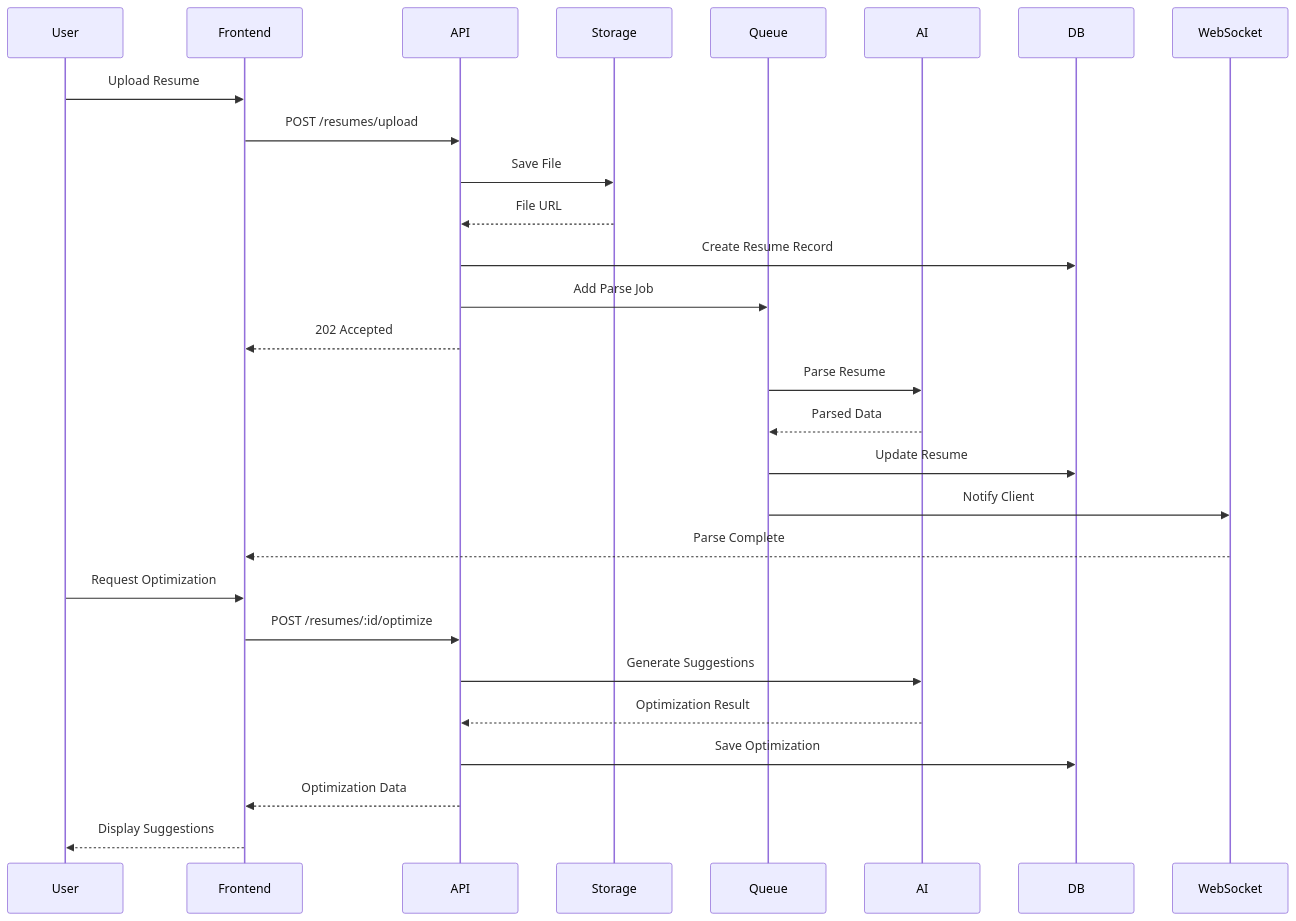
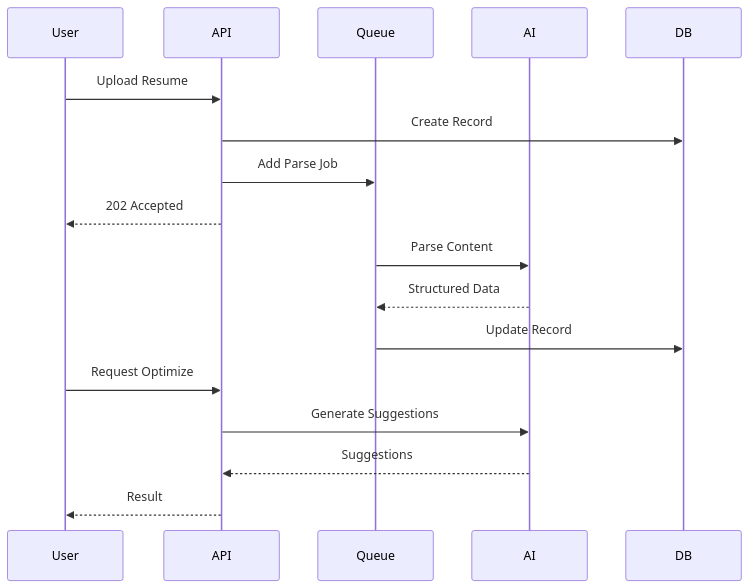
Before and after one commit to xuanyiying/IntervAI: the fourth of 6 diagrams in docs/architecture/system-architecture.md, drawn with Mermaid. The commit also changed other lines of this file and 5 other files, not shown here.

First line of the commit message:
docs: update documentation structure and system architecture

````diff
--- a/docs/architecture/system-architecture.md
+++ b/docs/architecture/system-architecture.md
@@ -250,33 +85,22 @@
 ```mermaid
 sequenceDiagram
     participant User
-    participant Frontend
     participant API
-    participant Storage
     participant Queue
     participant AI
     participant DB
-    participant WebSocket
 
-    User->>Frontend: Upload Resume
-    Frontend->>API: POST /resumes/upload
-    API->>Storage: Save File
-    Storage-->>API: File URL
-    API->>DB: Create Resume Record
+    User->>API: Upload Resume
+    API->>DB: Create Record
     API->>Queue: Add Parse Job
-    API-->>Frontend: 202 Accepted
+    API-->>User: 202 Accepted
 
-    Queue->>AI: Parse Resume
-    AI-->>Queue: Parsed Data
-    Queue->>DB: Update Resume
-    Queue->>WebSocket: Notify Client
-    WebSocket-->>Frontend: Parse Complete
-
-    User->>Frontend: Request Optimization
-    Frontend->>API: POST /resumes/:id/optimize
+    Queue->>AI: Parse Content
+    AI-->>Queue: Structured Data
+    Queue->>DB: Update Record
+    
+    User->>API: Request Optimize
     API->>AI: Generate Suggestions
-    AI-->>API: Optimization Result
-    API->>DB: Save Optimization
-    API-->>Frontend: Optimization Data
-    Frontend-->>User: Display Suggestions
+    AI-->>API: Suggestions
+    API-->>User: Result
 ```
````
